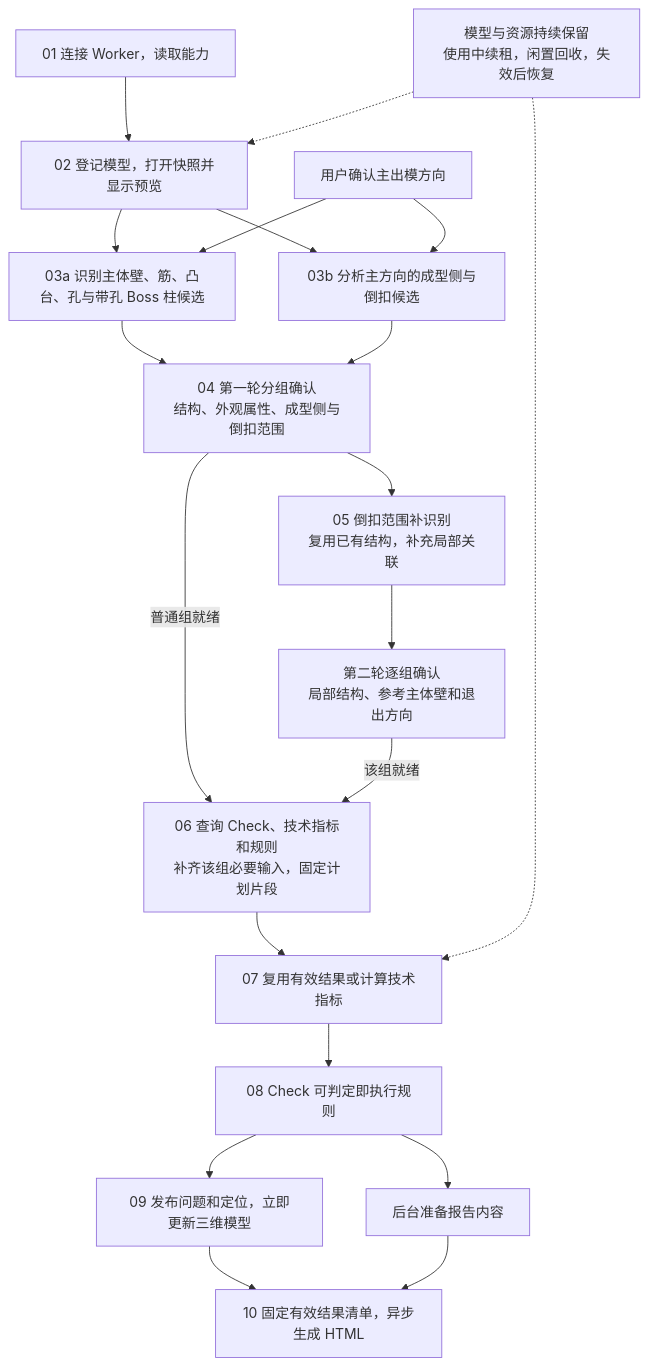
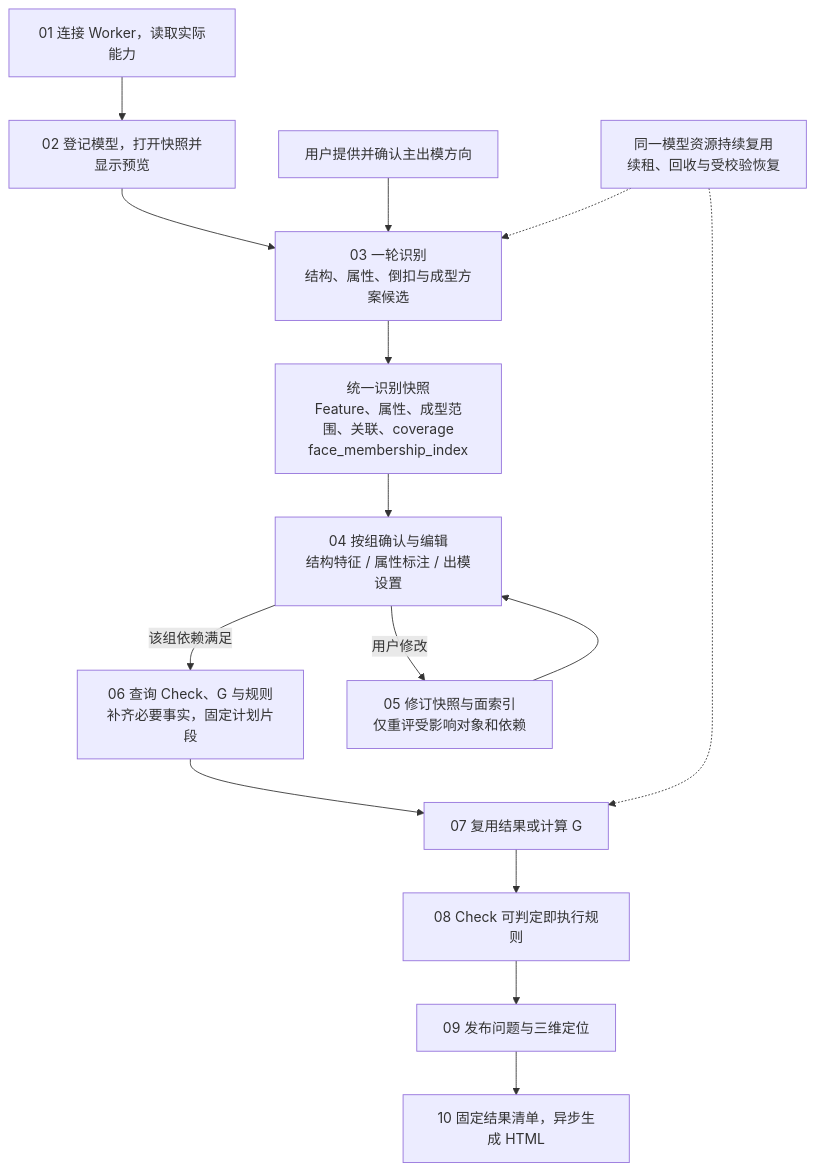
Before and after one commit to mongo-hu/hermes-agent: the diagram in docs/dfm/dfm-main-workflow-explained.md, drawn with Mermaid. The commit also changed other lines of this file and 8 other files, not shown here.

````diff
--- a/docs/dfm/dfm-main-workflow-explained.md
+++ b/docs/dfm/dfm-main-workflow-explained.md
@@ -7,22 +7,17 @@
 ```mermaid
 flowchart TB
-    A["01 连接 Worker，读取能力"] --> B["02 登记模型，打开快照并显示预览"]
-    B --> C["03a 识别主体壁、筋、凸台、孔与带孔 Boss 柱候选"]
-    B --> D["03b 分析主方向的成型侧与倒扣候选"]
-    U["用户确认主出模方向"] --> D
-    U --> C
-    C --> E["04 第一轮分组确认<br/>结构、外观属性、成型侧与倒扣范围"]
-    D --> E
-    E -->|普通组就绪| H["06 查询 Check、技术指标和规则<br/>补齐该组必要输入，固定计划片段"]
-    E --> F["05 倒扣范围补识别<br/>复用已有结构，补充局部关联"]
-    F --> G["第二轮逐组确认<br/>局部结构、参考主体壁和退出方向"]
-    G -->|该组就绪| H
-    H --> I["07 复用有效结果或计算技术指标"]
-    I --> J["08 Check 可判定即执行规则"]
-    J --> K["09 发布问题和定位，立即更新三维模型"]
-    J --> L["后台准备报告内容"]
-    K --> M["10 固定有效结果清单，异步生成 HTML"]
-    L --> M
-    S["模型与资源持续保留<br/>使用中续租，闲置回收，失效后恢复"] -.-> B
-    S -.-> I
+    A["01 连接 Worker，读取实际能力"] --> B["02 登记模型，打开快照并显示预览"]
+    B --> C["03 一轮识别<br/>结构、属性、倒扣与成型方案候选"]
+    U["用户提供并确认主出模方向"] --> C
+    C --> S["统一识别快照<br/>Feature、属性、成型范围、关联、coverage<br/>face_membership_index"]
+    S --> D["04 按组确认与编辑<br/>结构特征 / 属性标注 / 出模设置"]
+    D -->|该组依赖满足| F["06 查询 Check、G 与规则<br/>补齐必要事实，固定计划片段"]
+    D -->|用户修改| E["05 修订快照与面索引<br/>仅重评受影响对象和依赖"]
+    E --> D
+    F --> G["07 复用结果或计算 G"]
+    G --> H["08 Check 可判定即执行规则"]
+    H --> I["09 发布问题与三维定位"]
+    I --> J["10 固定结果清单，异步生成 HTML"]
+    M["同一模型资源持续复用<br/>续租、回收与受校验恢复"] -.-> C
+    M -.-> G
 ```
````
